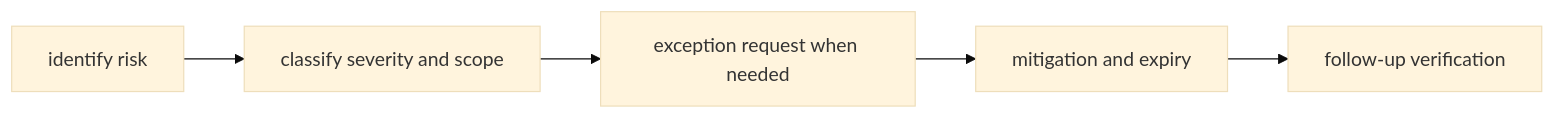
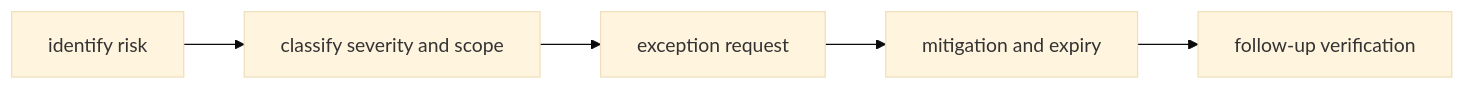
The diagram in docs/bijux-core/governance/risk-and-exceptions.md (bijux/bijux-cli), drawn with Mermaid (base theme) before and after one commit. The commit also changed other lines of this file, not shown here.

Commit message:
docs(core-governance): clarify risk and exceptions

````diff
--- a/docs/bijux-core/governance/risk-and-exceptions.md
+++ b/docs/bijux-core/governance/risk-and-exceptions.md
@@ -17,7 +21,7 @@
 ```mermaid
 flowchart LR
-    risk[identify risk] --> classify[classify severity and scope]
-    classify --> exception[exception request when needed]
-    exception --> mitigate[mitigation and expiry]
-    mitigate --> verify[follow-up verification]
+    risk["identify risk"] --> classify["classify severity and scope"]
+    classify --> exception["exception request"]
+    exception --> mitigate["mitigation and expiry"]
+    mitigate --> verify["follow-up verification"]
 ```
````
